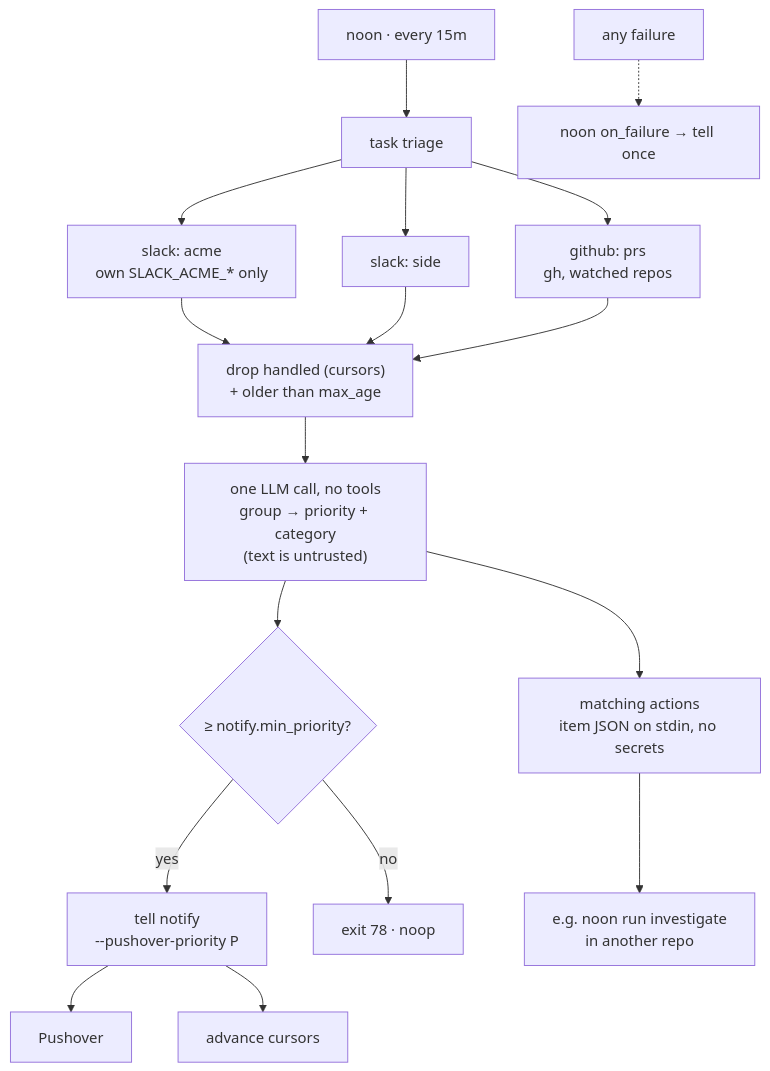
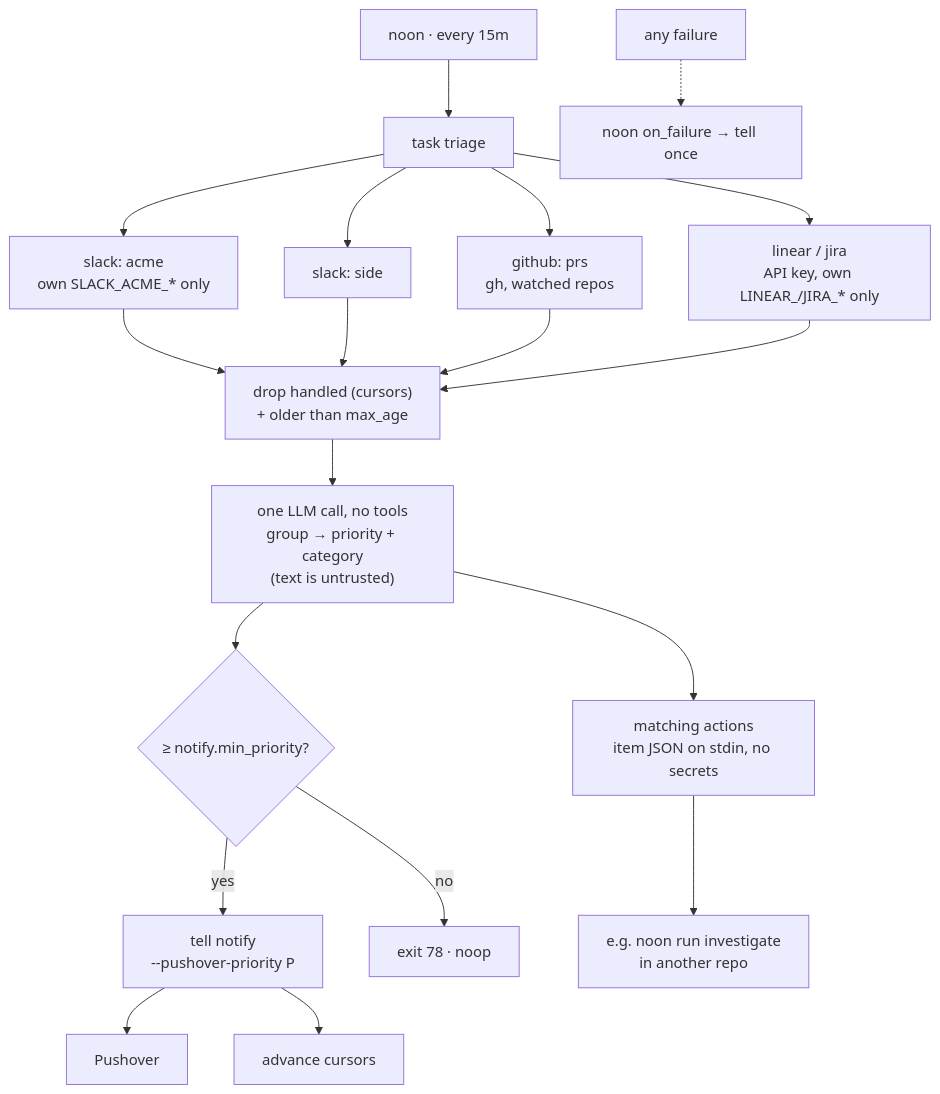
The diagram in README.md (brettinternet/watch), drawn with Mermaid before and after one commit. The commit also changed other lines of this file and 9 other files, not shown here.

Commit message:
feat: add linear and jira sources

````diff
--- a/README.md
+++ b/README.md
@@ -5,16 +5,17 @@
 ```mermaid
 flowchart TD
   cron["noon · every 15m"] --> main["task triage"]
   main --> s1["slack: acme<br/>own SLACK_ACME_* only"]
   main --> s2["slack: side"]
   main --> g1["github: prs<br/>gh, watched repos"]
-  s1 & s2 & g1 --> dedupe["drop handled (cursors)<br/>+ older than max_age"]
+  main --> t1["linear / jira<br/>API key, own LINEAR_/JIRA_* only"]
+  s1 & s2 & g1 & t1 --> dedupe["drop handled (cursors)<br/>+ older than max_age"]
   dedupe --> llm["one LLM call, no tools<br/>group → priority + category<br/>(text is untrusted)"]
   llm --> prio{"≥ notify.min_priority?"}
   prio -- yes --> tell["tell notify<br/>--pushover-priority P"] --> push["Pushover"]
   prio -- no --> noop["exit 78 · noop"]
   llm --> act["matching actions<br/>item JSON on stdin, no secrets"]
   act --> agent["e.g. noon run investigate<br/>in another repo"]
   tell --> cursors["advance cursors"]
   fail["any failure"] -.-> hook["noon on_failure → tell once"]
 ```
````
